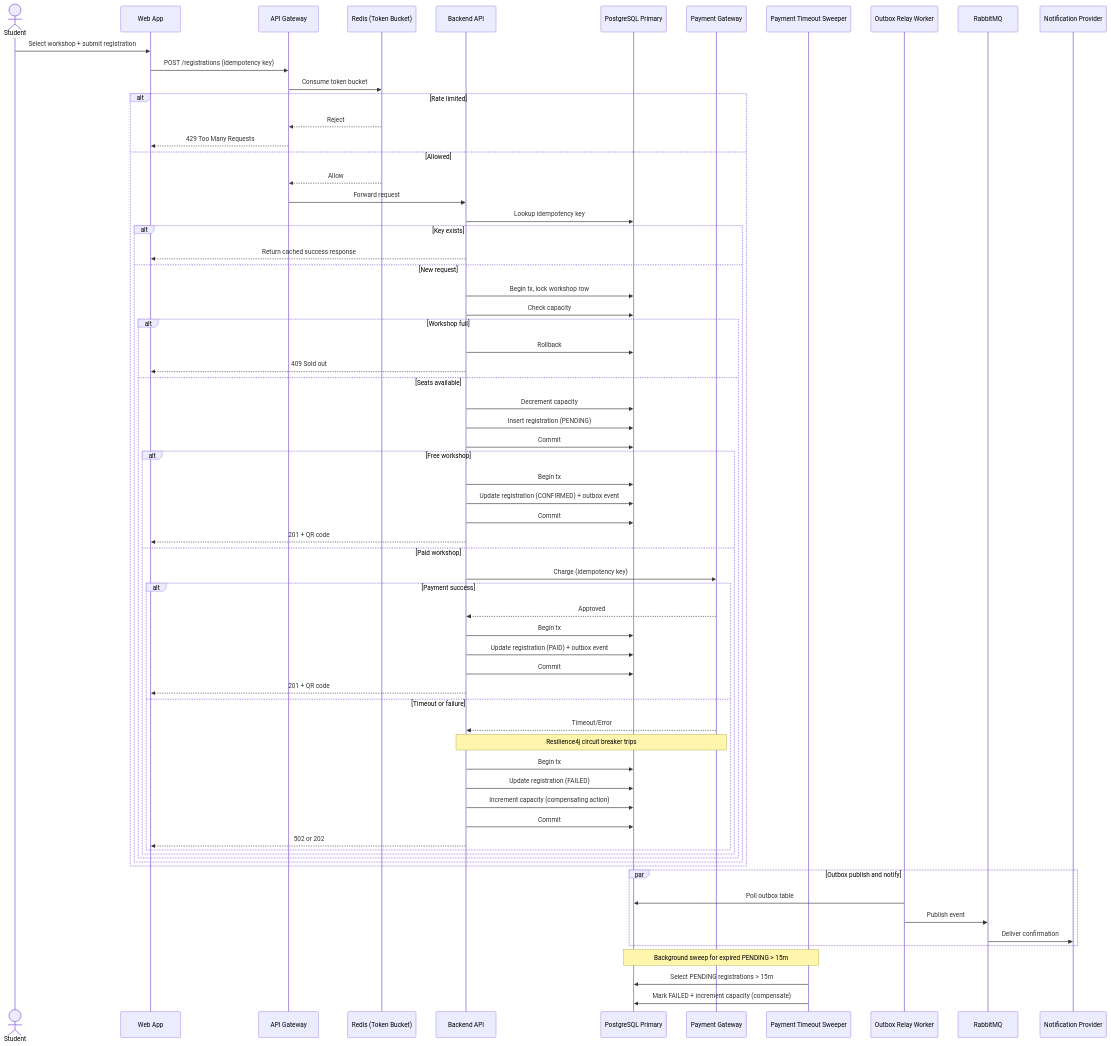
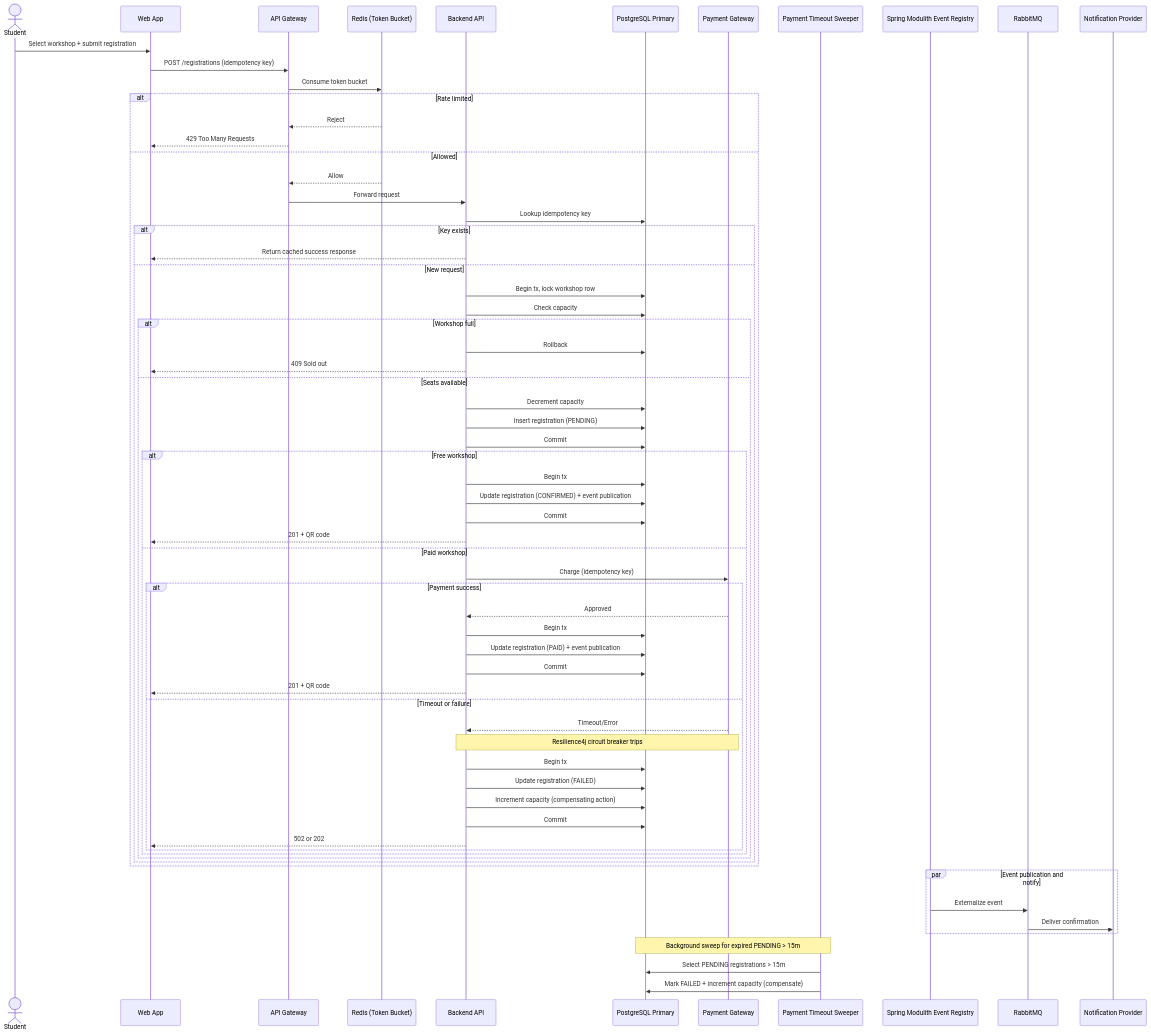
Before and after one commit to phatnguyen975/unihub-workshop: the first of 15 diagrams in blueprint/design.md, drawn with Mermaid. The commit also changed other lines of this file and 15 other files, not shown here.

Commit message:
docs: update to use event publication of spring modulith

````diff
--- a/blueprint/design.md
+++ b/blueprint/design.md
@@ -106,73 +107,72 @@
 ```mermaid
 sequenceDiagram
   actor Student
   participant Web as Web App
   participant GW as API Gateway
   participant Redis as Redis (Token Bucket)
   participant API as Backend API
   participant DB as PostgreSQL Primary
   participant Pay as Payment Gateway
   participant Sweeper as Payment Timeout Sweeper
-  participant Relay as Outbox Relay Worker
+  participant Registry as Spring Modulith Event Registry
   participant Broker as RabbitMQ
   participant Notify as Notification Provider
 
   Student->>Web: Select workshop + submit registration
   Web->>GW: POST /registrations (idempotency key)
   GW->>Redis: Consume token bucket
   alt Rate limited
     Redis-->>GW: Reject
     GW-->>Web: 429 Too Many Requests
   else Allowed
     Redis-->>GW: Allow
     GW->>API: Forward request
     API->>DB: Lookup idempotency key
     alt Key exists
       API-->>Web: Return cached success response
     else New request
       API->>DB: Begin tx, lock workshop row
       API->>DB: Check capacity
       alt Workshop full
         API->>DB: Rollback
         API-->>Web: 409 Sold out
       else Seats available
         API->>DB: Decrement capacity
         API->>DB: Insert registration (PENDING)
         API->>DB: Commit
         alt Free workshop
           API->>DB: Begin tx
-          API->>DB: Update registration (CONFIRMED) + outbox event
+          API->>DB: Update registration (CONFIRMED) + event publication
           API->>DB: Commit
           API-->>Web: 201 + QR code
         else Paid workshop
           API->>Pay: Charge (idempotency key)
           alt Payment success
             Pay-->>API: Approved
             API->>DB: Begin tx
-            API->>DB: Update registration (PAID) + outbox event
+            API->>DB: Update registration (PAID) + event publication
             API->>DB: Commit
             API-->>Web: 201 + QR code
           else Timeout or failure
             Pay-->>API: Timeout/Error
             Note over API,Pay: Resilience4j circuit breaker trips
             API->>DB: Begin tx
             API->>DB: Update registration (FAILED)
             API->>DB: Increment capacity (compensating action)
             API->>DB: Commit
             API-->>Web: 502 or 202
           end
         end
       end
     end
   end
 
-  par Outbox publish and notify
-    Relay->>DB: Poll outbox table
-    Relay->>Broker: Publish event
+  par Event publication and notify
+    Registry->>Broker: Externalize event
     Broker->>Notify: Deliver confirmation
   end
 
   Note over Sweeper,DB: Background sweep for expired PENDING > 15m
   Sweeper->>DB: Select PENDING registrations > 15m
   Sweeper->>DB: Mark FAILED + increment capacity (compensate)
 ```
````
